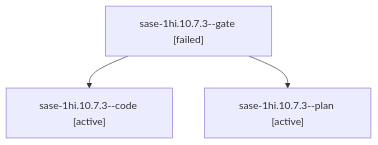
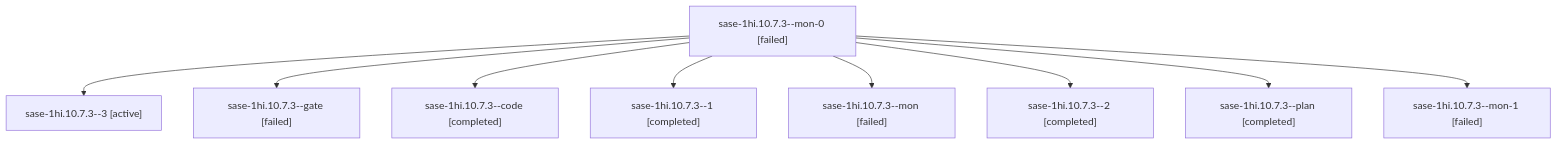
The diagram in sessions/bbugyi200.apollo.sase-1hi.10.7.3.md (sase-org/sase--agents), drawn with Mermaid before and after one commit. The commit also changed other lines of this file and 232 other files, not shown here.

````diff
--- a/sessions/bbugyi200.apollo.sase-1hi.10.7.3.md
+++ b/sessions/bbugyi200.apollo.sase-1hi.10.7.3.md
@@ -9,8 +9,20 @@
 ```mermaid
 flowchart TD
-  n0["sase-1hi.10.7.3--gate [failed]"]
-  n1["sase-1hi.10.7.3--code [active]"]
+  n0["sase-1hi.10.7.3--mon-0 [failed]"]
+  n1["sase-1hi.10.7.3--3 [active]"]
   n0 --> n1
-  n2["sase-1hi.10.7.3--plan [active]"]
+  n2["sase-1hi.10.7.3--gate [failed]"]
   n0 --> n2
+  n3["sase-1hi.10.7.3--code [completed]"]
+  n0 --> n3
+  n4["sase-1hi.10.7.3--1 [completed]"]
+  n0 --> n4
+  n5["sase-1hi.10.7.3--mon [failed]"]
+  n0 --> n5
+  n6["sase-1hi.10.7.3--2 [completed]"]
+  n0 --> n6
+  n7["sase-1hi.10.7.3--plan [completed]"]
+  n0 --> n7
+  n8["sase-1hi.10.7.3--mon-1 [failed]"]
+  n0 --> n8
 ```
````
